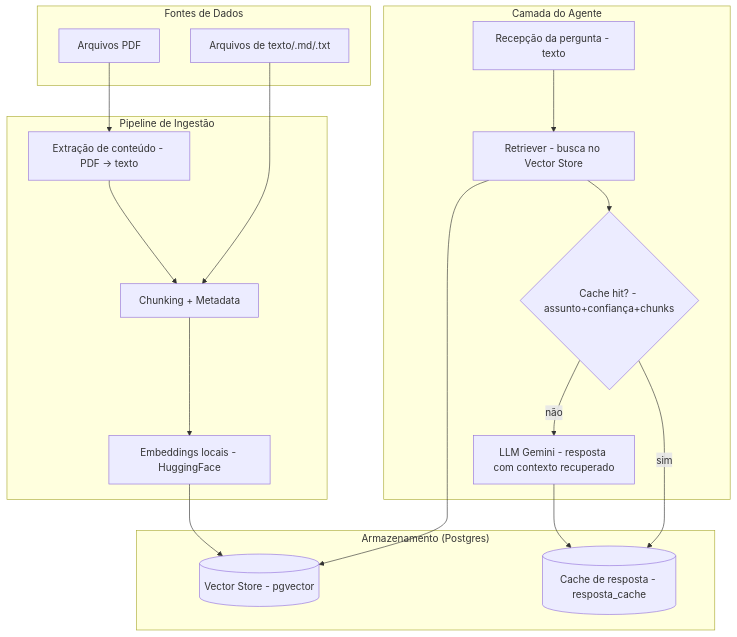
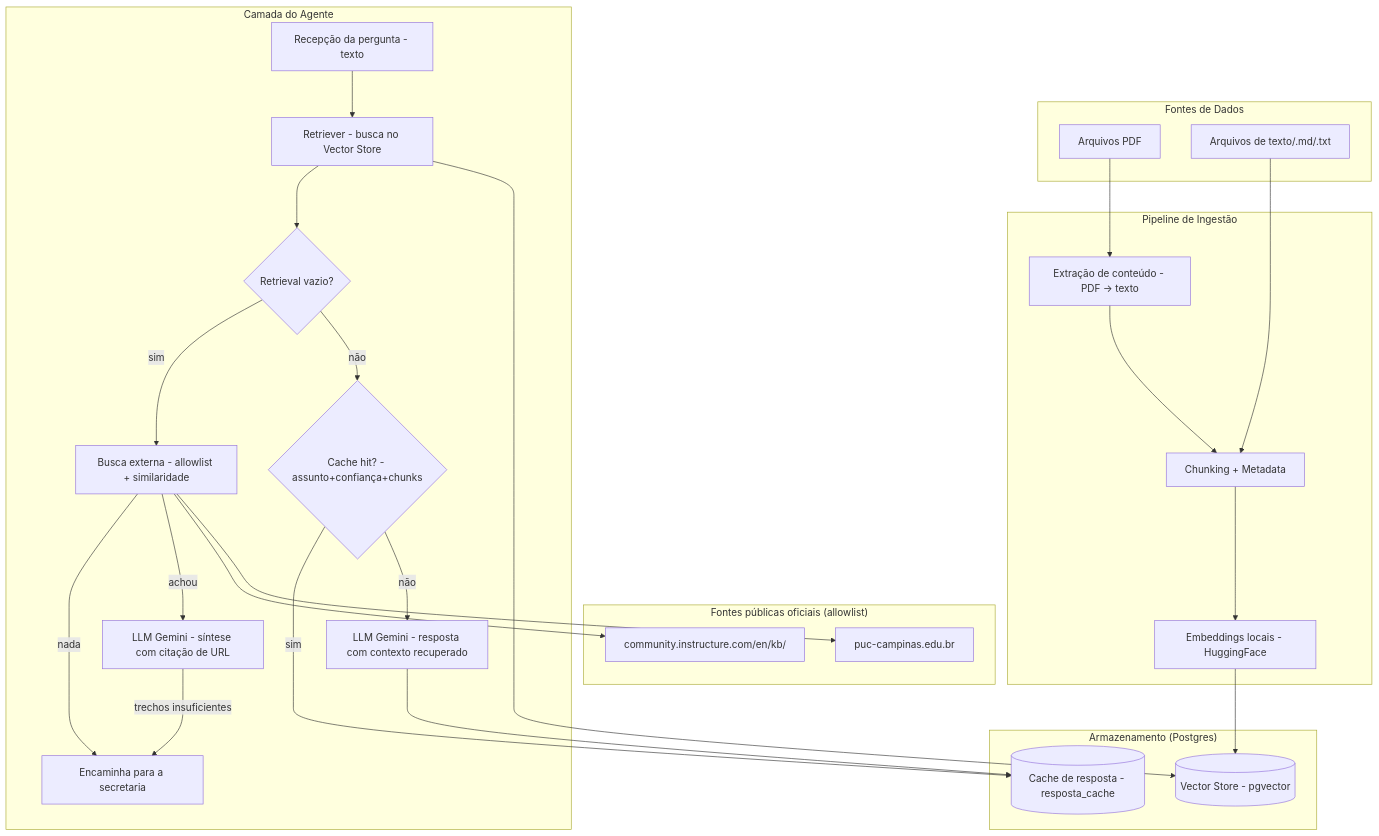
One commit to HenriqueCDS/ia-agent-puc-digital changed the diagram in arquitetura-agente-ia-suporte-ead-v0.md. Above: the diagram before and after it, drawn with Mermaid. The commit also changed other lines of this file and 12 other files, not shown here.

````diff
--- a/arquitetura-agente-ia-suporte-ead-v0.md
+++ b/arquitetura-agente-ia-suporte-ead-v0.md
@@ -12,33 +13,49 @@
 ```mermaid
 flowchart TD
     subgraph Fontes["Fontes de Dados"]
         A1[Arquivos PDF]
         A2[Arquivos de texto/.md/.txt]
     end
 
     subgraph Ingestao["Pipeline de Ingestão"]
         B1[Extração de conteúdo - PDF → texto]
         B2[Chunking + Metadata]
         B3[Embeddings locais - HuggingFace]
     end
 
     subgraph Armazenamento["Armazenamento (Postgres)"]
         C1[(Vector Store - pgvector)]
         C2[(Cache de resposta - resposta_cache)]
     end
 
+    subgraph Externo["Fontes públicas oficiais (allowlist)"]
+        E1[puc-campinas.edu.br]
+        E2[community.instructure.com/en/kb/]
+    end
+
     subgraph Agente["Camada do Agente"]
         D1[Recepção da pergunta - texto]
         D2[Retriever - busca no Vector Store]
+        D5{Retrieval vazio?}
         D4{Cache hit? - assunto+confiança+chunks}
         D3[LLM Gemini - resposta com contexto recuperado]
+        D6[Busca externa - allowlist + similaridade]
+        D7[LLM Gemini - síntese com citação de URL]
+        D8[Encaminha para a secretaria]
     end
 
     A1 --> B1 --> B2 --> B3 --> C1
     A2 --> B2
 
     D1 --> D2 --> C1
-    D2 --> D4
+    D2 --> D5
+    D5 -- não --> D4
     D4 -- não --> D3 --> C2
     D4 -- sim --> C2
+    D5 -- sim --> D6
+    D6 --> E1
+    D6 --> E2
+    D6 -- achou --> D7
+    D6 -- nada --> D8
+    D7 -- trechos insuficientes --> D8
 ```
````
